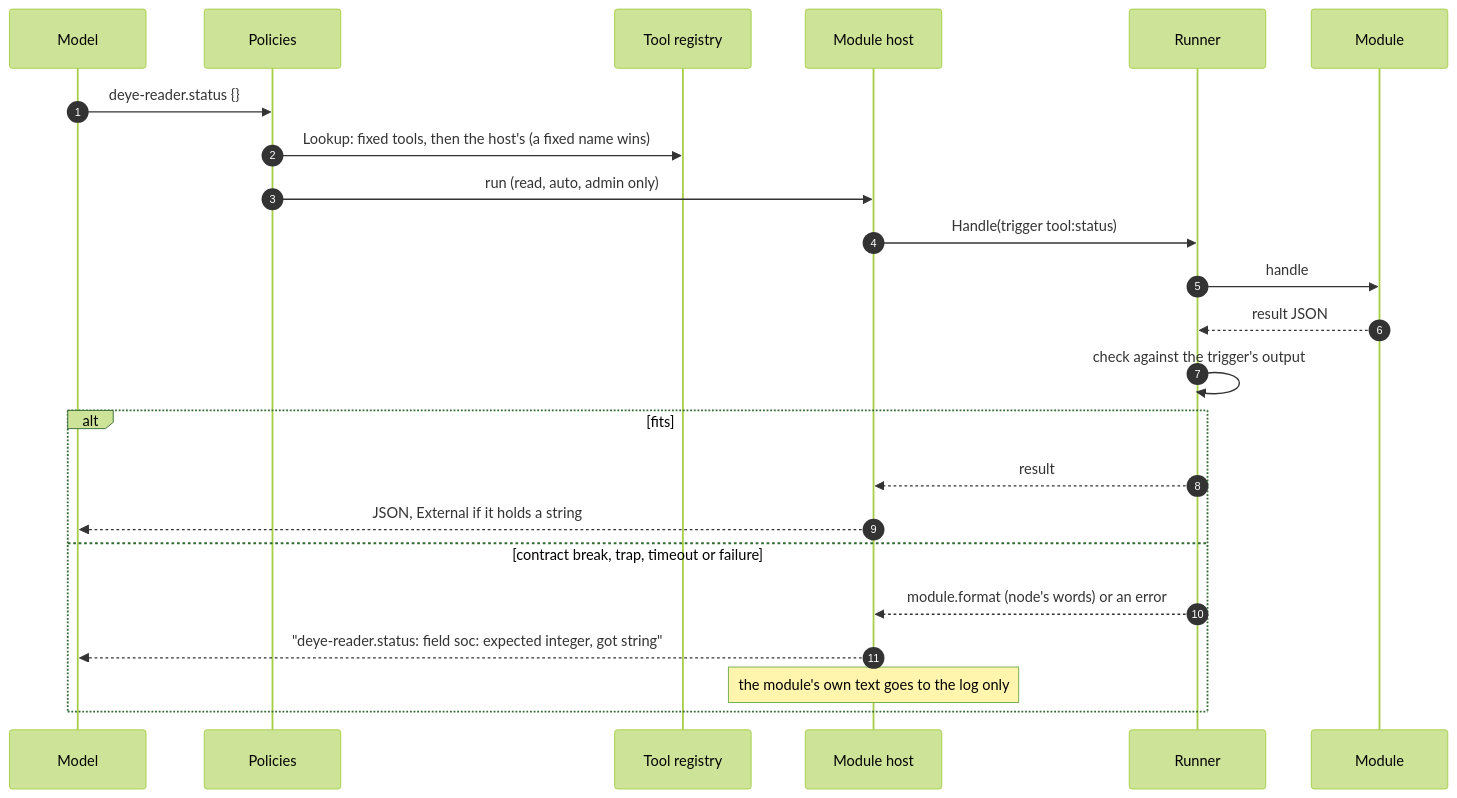
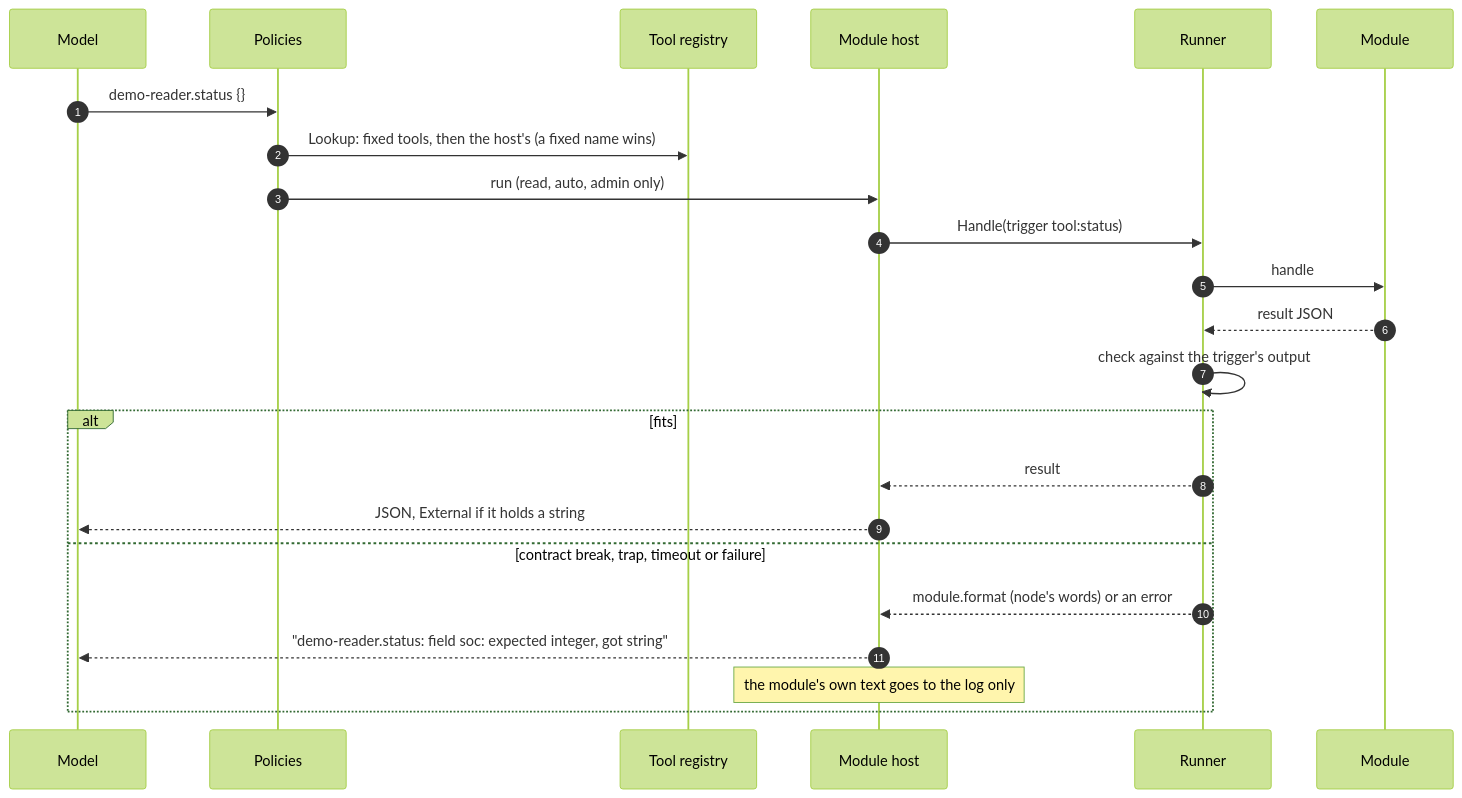
Before and after one commit to igorrius/ganglion: diagram 11 of 16 in docs/architecture/04-runtime.md, drawn with Mermaid (forest theme). The commit also changed other lines of this file and 65 other files, not shown here.

First line of the commit message:
tests, docs: the sample module is demo-reader, not the owner's own (task 6.8)

````diff
--- a/docs/architecture/04-runtime.md
+++ b/docs/architecture/04-runtime.md
@@ -461,26 +461,26 @@
 ```mermaid
 sequenceDiagram
     autonumber
     participant M as Model
     participant P as Policies
     participant T as Tool registry
     participant H as Module host
     participant R as Runner
     participant D as Module
 
-    M->>P: deye-reader.status {}
+    M->>P: demo-reader.status {}
     P->>T: Lookup: fixed tools, then the host's (a fixed name wins)
     P->>H: run (read, auto, admin only)
     H->>R: Handle(trigger tool:status)
     R->>D: handle
     D-->>R: result JSON
     R->>R: check against the trigger's output
     alt fits
         R-->>H: result
         H-->>M: JSON, External if it holds a string
     else contract break, trap, timeout or failure
         R-->>H: module.format (node's words) or an error
-        H-->>M: "deye-reader.status: field soc: expected integer, got string"
+        H-->>M: "demo-reader.status: field soc: expected integer, got string"
         Note over H: the module's own text goes to the log only
     end
 ```
````
